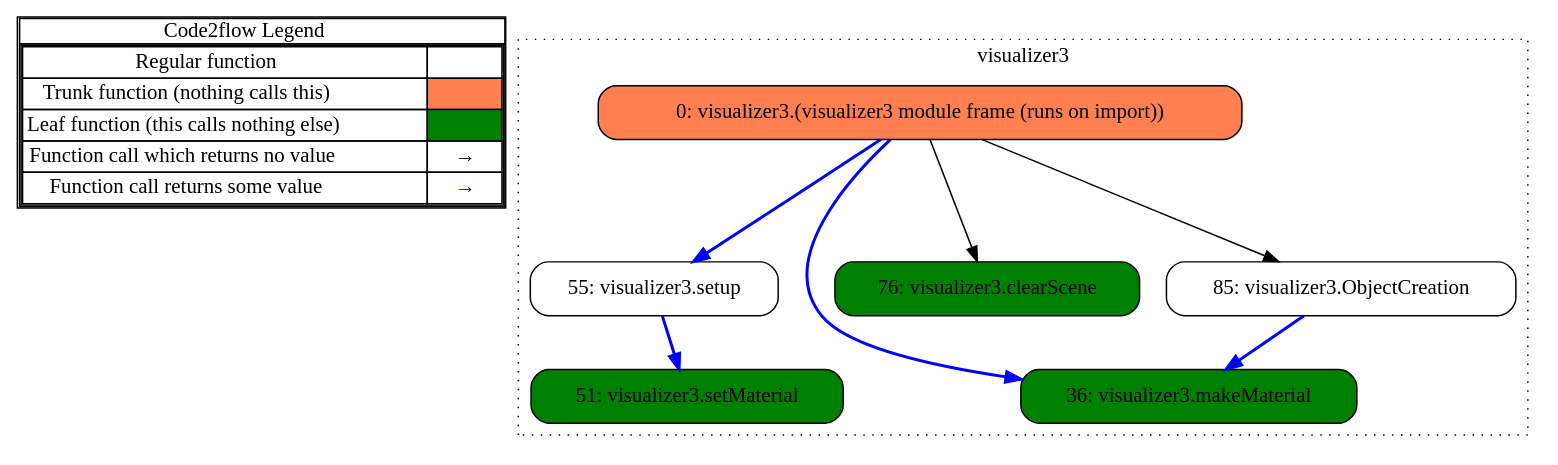
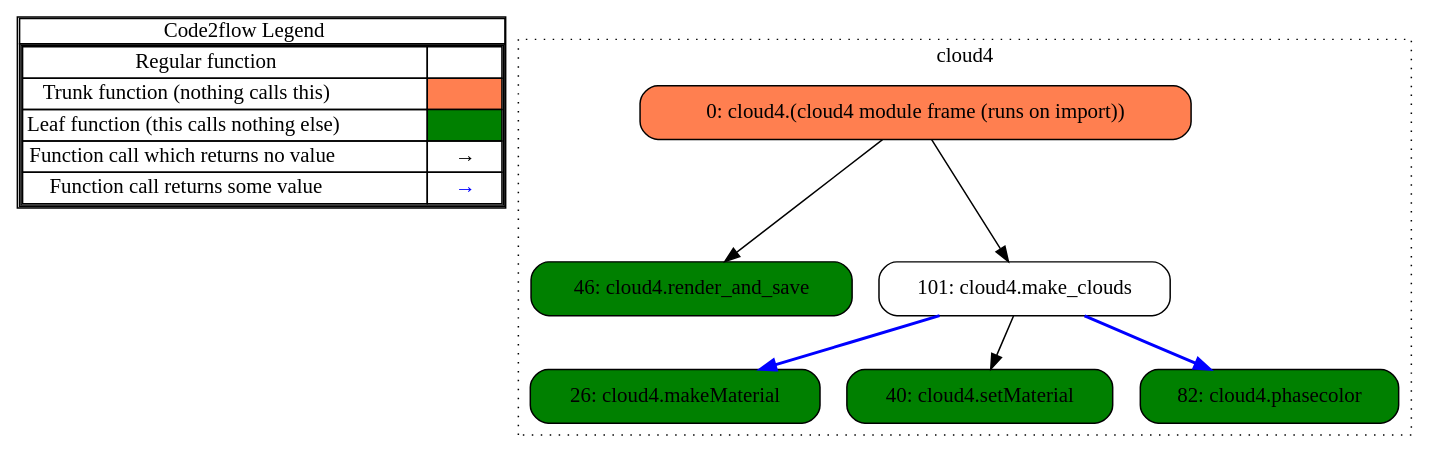
One commit to JohnPhamous/JPL2016 changed the diagram in out.gv. Above: the diagram before and after it, drawn with Graphviz. The commit also changed 12 other files, not shown here.

```diff
--- a/out.gv
+++ b/out.gv
@@ -1,34 +1,33 @@
 digraph G {
 concentrate = true;
 			subgraph legend{
 			rank = min;
 			label = "legend";
 			Legend [shape=none, margin=0, label = <
 				<table cellspacing="0" cellpadding="0" border="1"><tr><td>Code2flow Legend</td></tr><tr><td>
 				<table cellspacing="0">
 				<tr><td>Regular function</td><td width="50px"></td></tr>
 				<tr><td>Trunk function (nothing calls this)</td><td bgcolor='coral'></td></tr>
 				<tr><td>Leaf function (this calls nothing else)</td><td bgcolor='green'></td></tr>
 				<tr><td>Function call which returns no value</td><td>&#8594;</td></tr>
 				<tr><td>Function call returns some value</td><td><font color='blue'>&#8594;</font></td></tr>
 				</table></td></tr></table>
-				>];}node1 [splines=ortho shape = "rect" style = "rounded,filled" fillcolor = "green" label = "36: visualizer3.makeMaterial" ];
-node2 [splines=ortho shape = "rect" style = "rounded,filled" fillcolor = "green" label = "51: visualizer3.setMaterial" ];
-node3 [splines=ortho shape = "rect" style = "rounded" label = "55: visualizer3.setup" ];
-node5 [splines=ortho shape = "rect" style = "rounded,filled" fillcolor = "green" label = "76: visualizer3.clearScene" ];
-node7 [splines=ortho shape = "rect" style = "rounded" label = "85: visualizer3.ObjectCreation" ];
-node8 [splines=ortho shape = "rect" style = "rounded,filled" fillcolor = "coral" label = "0: visualizer3.(visualizer3 module frame (runs on import))" ];
-node3 -> node2 [color="blue" penwidth="2"];
-node7 -> node1 [color="blue" penwidth="2"];
-node8 -> node1 [color="blue" penwidth="2"];
-node8 -> node3 [color="blue" penwidth="2"];
-node8 -> node5;
-node8 -> node7;
-subgraph clustervisualizer30{
-node1 node2 node3 node5 node7 node8 ;
-label="visualizer3";
+				>];}node1 [splines=ortho shape = "rect" style = "rounded,filled" fillcolor = "green" label = "26: cloud4.makeMaterial" ];
+node2 [splines=ortho shape = "rect" style = "rounded,filled" fillcolor = "green" label = "40: cloud4.setMaterial" ];
+node3 [splines=ortho shape = "rect" style = "rounded,filled" fillcolor = "green" label = "46: cloud4.render_and_save" ];
+node4 [splines=ortho shape = "rect" style = "rounded,filled" fillcolor = "green" label = "82: cloud4.phasecolor" ];
+node5 [splines=ortho shape = "rect" style = "rounded" label = "101: cloud4.make_clouds" ];
+node6 [splines=ortho shape = "rect" style = "rounded,filled" fillcolor = "coral" label = "0: cloud4.(cloud4 module frame (runs on import))" ];
+node5 -> node1 [color="blue" penwidth="2"];
+node5 -> node2;
+node5 -> node4 [color="blue" penwidth="2"];
+node6 -> node3;
+node6 -> node5;
+subgraph clustercloud40{
+node1 node2 node3 node4 node5 node6 ;
+label="cloud4";
 style=filled;
 color=black;
 graph[style=dotted];
 };
 }
```
